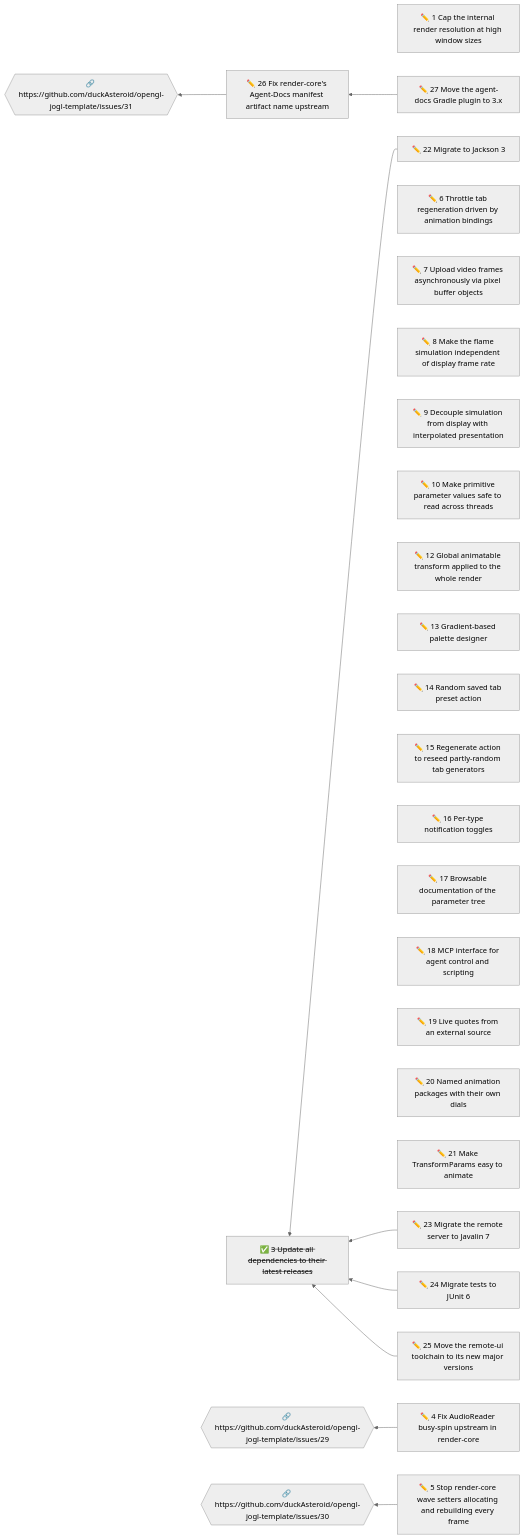
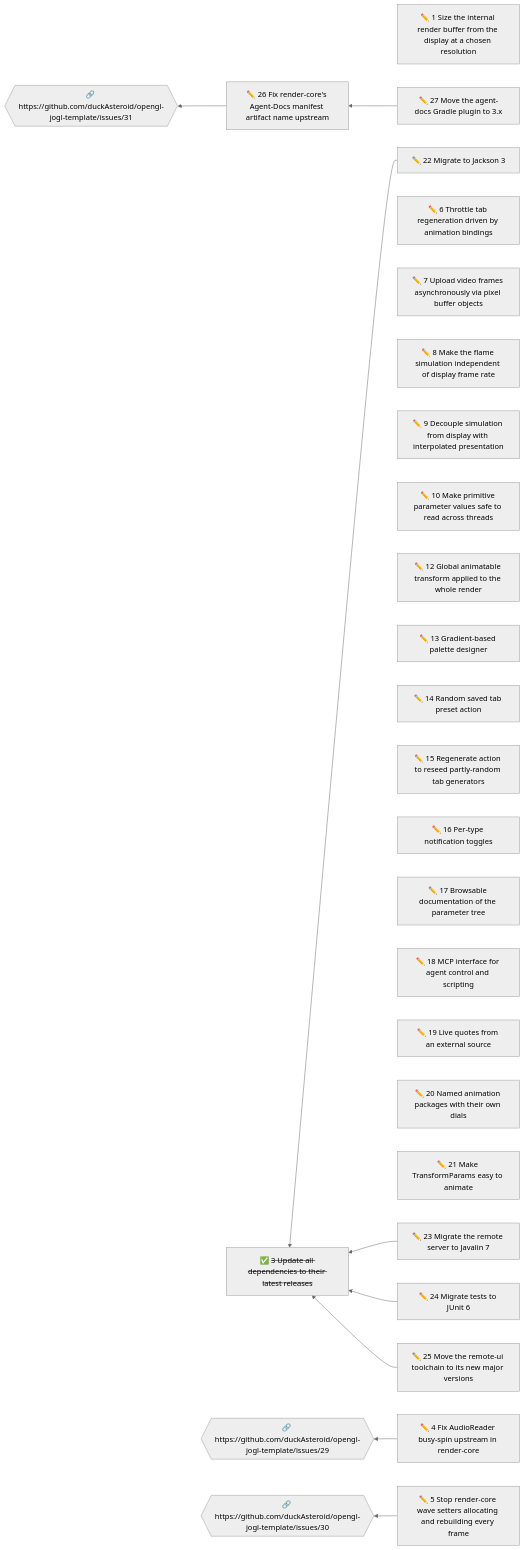
The diagram in docs/initiatives/README.md (duckAsteroid/cthugha-reborn), drawn with Mermaid (neutral theme) before and after one commit. The commit also changed other lines of this file and 1 other file, not shown here.

Commit message:
docs(initiatives): correct ct#1 - render buffer follows the windowed size, not the display
The buffer is sized at init from the configured window (2000x1000) and
fullscreen only stretches it, so the earlier 4K/8.3 Mpx framing was wrong;
also records the resulting aspect distortion and a new open question.

````diff
--- a/docs/initiatives/README.md
+++ b/docs/initiatives/README.md
@@ -57,67 +57,67 @@
 ```mermaid
 flowchart RL
-  n1["✏️ 1 Cap the internal render resolution at high window sizes"]
+  n1["✏️ 1 Size the internal render buffer from the display at a chosen resolution"]
   n4["✏️ 4 Fix AudioReader busy-spin upstream in render-core"]
   n5["✏️ 5 Stop render-core wave setters allocating and rebuilding every frame"]
   n6["✏️ 6 Throttle tab regeneration driven by animation bindings"]
   n7["✏️ 7 Upload video frames asynchronously via pixel buffer objects"]
   n8["✏️ 8 Make the flame simulation independent of display frame rate"]
   n9["✏️ 9 Decouple simulation from display with interpolated presentation"]
   n10["✏️ 10 Make primitive parameter values safe to read across threads"]
   n12["✏️ 12 Global animatable transform applied to the whole render"]
   n13["✏️ 13 Gradient-based palette designer"]
   n14["✏️ 14 Random saved tab preset action"]
   n15["✏️ 15 Regenerate action to reseed partly-random tab generators"]
   n16["✏️ 16 Per-type notification toggles"]
   n17["✏️ 17 Browsable documentation of the parameter tree"]
   n18["✏️ 18 MCP interface for agent control and scripting"]
   n19["✏️ 19 Live quotes from an external source"]
   n20["✏️ 20 Named animation packages with their own dials"]
   n21["✏️ 21 Make TransformParams easy to animate"]
   n22["✏️ 22 Migrate to Jackson 3"]
   n23["✏️ 23 Migrate the remote server to Javalin 7"]
   n24["✏️ 24 Migrate tests to JUnit 6"]
   n25["✏️ 25 Move the remote-ui toolchain to its new major versions"]
   n26["✏️ 26 Fix render-core's Agent-Docs manifest artifact name upstream"]
   n27["✏️ 27 Move the agent-docs Gradle plugin to 3.x"]
   n3["✅ <s>3 Update all dependencies to their latest releases</s>"]
   x1{{"🔗 https://github.com/duckAsteroid/opengl-jogl-template/issues/29"}}
   x2{{"🔗 https://github.com/duckAsteroid/opengl-jogl-template/issues/30"}}
   x3{{"🔗 https://github.com/duckAsteroid/opengl-jogl-template/issues/31"}}
   n4 --> x1
   n5 --> x2
   n22 --> n3
   n23 --> n3
   n24 --> n3
   n25 --> n3
   n26 --> x3
   n27 --> n26
   click n1 href "01-cap-the-internal-render-resolution-at-high-window-sizes.md"
   click n4 href "04-fix-audioreader-busy-spin-upstream-in-render-core.md"
   click n5 href "05-stop-render-core-wave-setters-allocating-and-rebuilding-ever.md"
   click n6 href "06-throttle-tab-regeneration-driven-by-animation-bindings.md"
   click n7 href "07-upload-video-frames-asynchronously-via-pixel-buffer-objects.md"
   click n8 href "08-make-the-flame-simulation-independent-of-display-frame-rate.md"
   click n9 href "09-decouple-simulation-from-display-with-interpolated-presentat.md"
   click n10 href "10-make-primitive-parameter-values-safe-to-read-across-threads.md"
   click n12 href "12-global-animatable-transform-applied-to-the-whole-render.md"
   click n13 href "13-gradient-based-palette-designer.md"
   click n14 href "14-random-saved-tab-preset-action.md"
   click n15 href "15-regenerate-action-to-reseed-partly-random-tab-generators.md"
   click n16 href "16-per-type-notification-toggles.md"
   click n17 href "17-browsable-documentation-of-the-parameter-tree.md"
   click n18 href "18-mcp-interface-for-agent-control-and-scripting.md"
   click n19 href "19-live-quotes-from-an-external-source.md"
   click n20 href "20-named-animation-packages-with-their-own-dials.md"
   click n21 href "21-make-transformparams-easy-to-animate.md"
   click n22 href "22-migrate-to-jackson-3.md"
   click n23 href "23-migrate-the-remote-server-to-javalin-7.md"
   click n24 href "24-migrate-tests-to-junit-6.md"
   click n25 href "25-move-the-remote-ui-toolchain-to-its-new-major-versions.md"
   click n26 href "26-fix-render-core-s-agent-docs-manifest-artifact-name-upstream.md"
   click n27 href "27-move-the-agent-docs-gradle-plugin-to-3-x.md"
   click n3 href "03-update-all-dependencies-to-their-latest-releases.md"
   click x1 href "https://github.com/duckAsteroid/opengl-jogl-template/issues/29"
   click x2 href "https://github.com/duckAsteroid/opengl-jogl-template/issues/30"
   click x3 href "https://github.com/duckAsteroid/opengl-jogl-template/issues/31"
 ```
````
